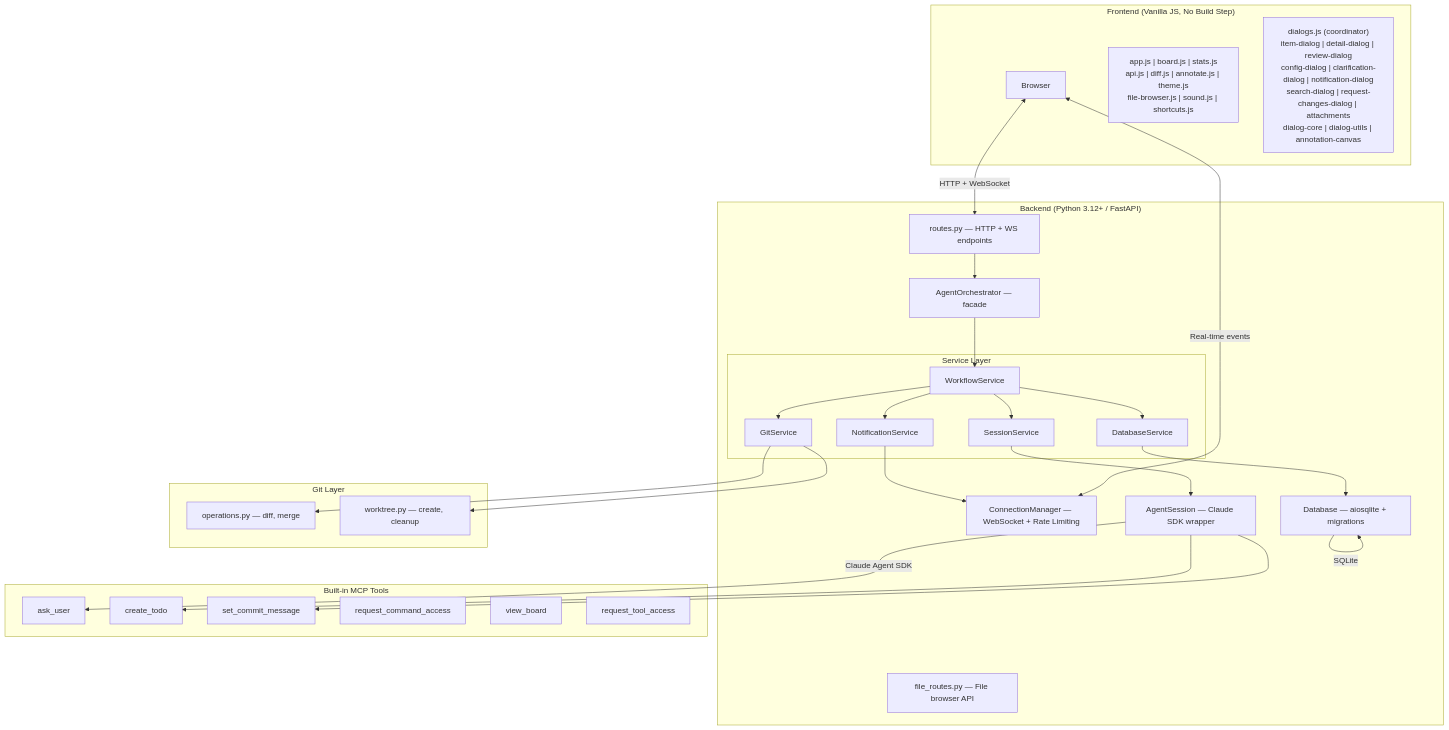
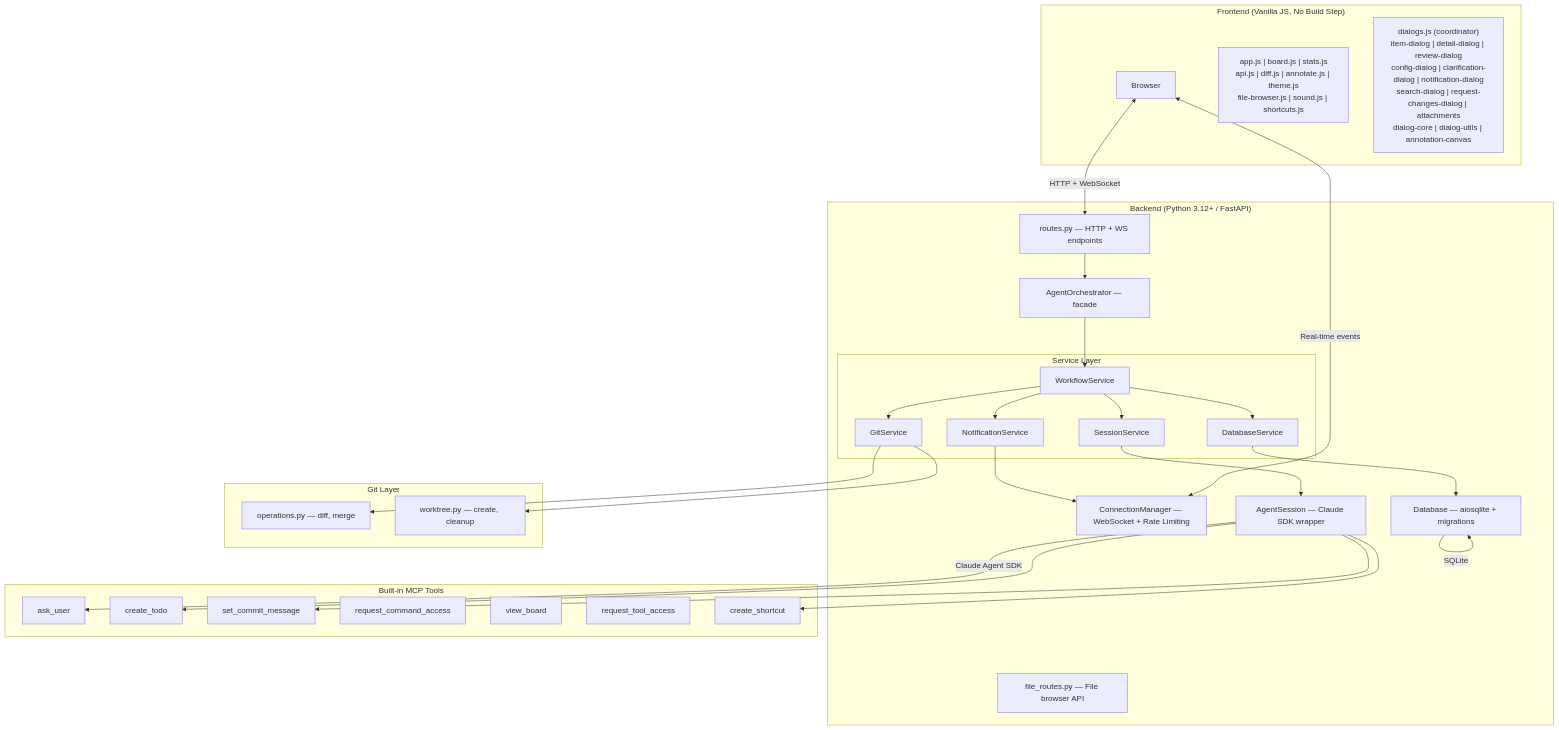
One commit to epatel/claude-agents-dashboard changed the second of 4 diagrams in README.md. Above: the diagram before and after it, drawn with Mermaid. The commit also changed other lines of this file and 2 other files, not shown here.

Commit message:
Update documentation with current line counts and new create_shortcut MCP tool

````diff
--- a/README.md
+++ b/README.md
@@ -123,56 +124,58 @@
 ```mermaid
 graph TB
     subgraph Frontend["Frontend (Vanilla JS, No Build Step)"]
         Browser["Browser"]
         JS["app.js | board.js | stats.js<br/>api.js | diff.js | annotate.js | theme.js<br/>file-browser.js | sound.js | shortcuts.js"]
         Dlg["dialogs.js (coordinator)<br/>item-dialog | detail-dialog | review-dialog<br/>config-dialog | clarification-dialog | notification-dialog<br/>search-dialog | request-changes-dialog | attachments<br/>dialog-core | dialog-utils | annotation-canvas"]
     end
 
     subgraph Backend["Backend (Python 3.12+ / FastAPI)"]
         Routes["routes.py — HTTP + WS endpoints"]
         FileRoutes["file_routes.py — File browser API"]
         WSMgr["ConnectionManager — WebSocket + Rate Limiting"]
         Orch["AgentOrchestrator — facade"]
         subgraph Svc["Service Layer"]
             WF["WorkflowService"]
             DBS["DatabaseService"]
             NS["NotificationService"]
             GS["GitService"]
             SS["SessionService"]
         end
         Sess["AgentSession — Claude SDK wrapper"]
         DB["Database — aiosqlite + migrations"]
     end
 
     subgraph MCP["Built-in MCP Tools"]
         Ask["ask_user"]
         TodoTool["create_todo"]
         CommitTool["set_commit_message"]
         CmdAccess["request_command_access"]
         BoardView["view_board"]
         ToolAccess["request_tool_access"]
+        ShortcutTool["create_shortcut"]
     end
 
     subgraph GitLayer["Git Layer"]
         GitOps["operations.py — diff, merge"]
         WT["worktree.py — create, cleanup"]
     end
 
     Browser <-->|"HTTP + WebSocket"| Routes
     Routes --> Orch
     Orch --> WF
     WF --> DBS
     WF --> GS
     WF --> NS
     WF --> SS
     SS --> Sess
     DBS --> DB
     NS --> WSMgr
     WSMgr <-->|"Real-time events"| Browser
     Sess -->|"Claude Agent SDK"| Ask
     Sess --> TodoTool
     Sess --> CommitTool
+    Sess --> ShortcutTool
     DB -->|SQLite| DB
     GS --> GitOps
     GS --> WT
 ```
````
